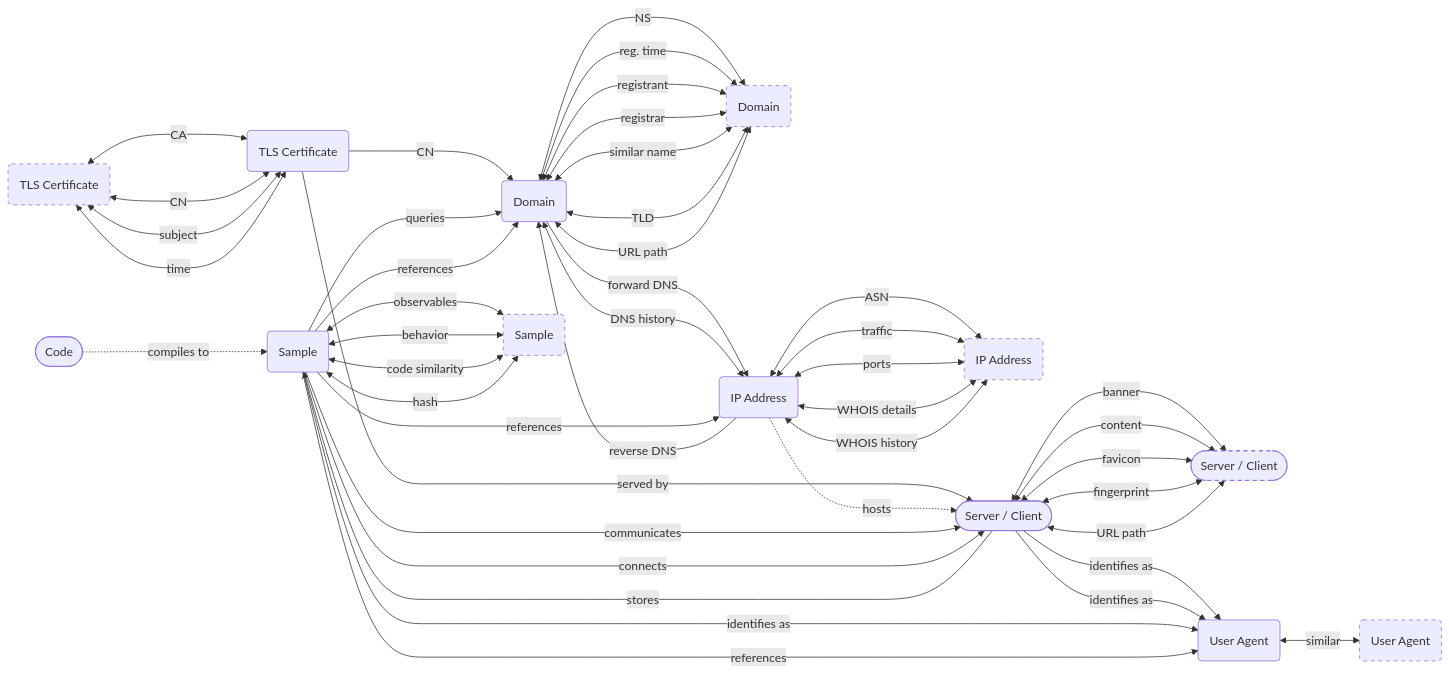
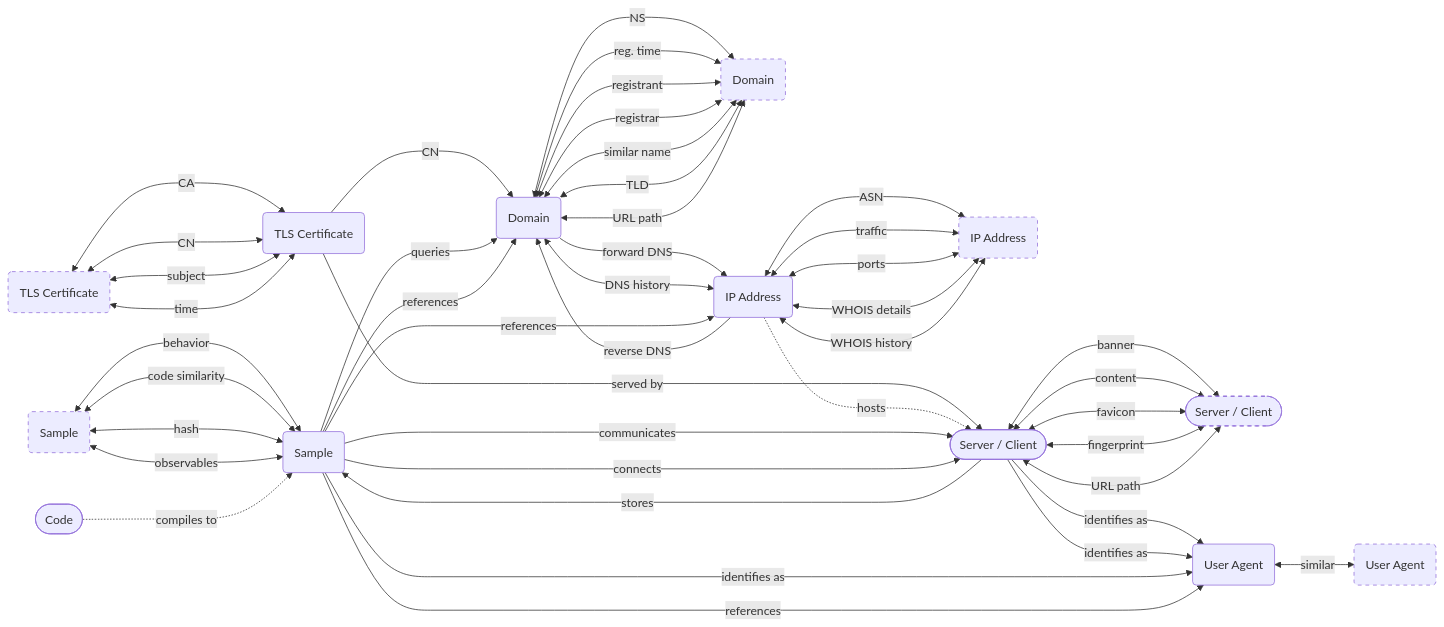
One commit to korniko98/pivot-atlas changed the diagram in docs/map/index.md. Above: the diagram before and after it, drawn with Mermaid.

````diff
--- a/docs/map/index.md
+++ b/docs/map/index.md
@@ -13,71 +13,71 @@
 ```mermaid
 flowchart LR
 	classDef secondary stroke-dasharray: 5 5
 	
 	%% define nodes
 	CODE([Code])
 	DOMAIN(Domain)
 	DOMAIN_(Domain):::secondary
 	IP_ADDRESS(IP Address)
 	IP_ADDRESS_(IP Address):::secondary
 	SAMPLE(Sample)
 	SAMPLE_(Sample):::secondary
 	SERVER([Server / Client])
 	SERVER_([Server / Client]):::secondary
 	USER_AGENT(User Agent)
 	USER_AGENT_(User Agent):::secondary
 	TLS_CERT(TLS Certificate)
 	TLS_CERT_(TLS Certificate):::secondary
 
 	%% define edges
 	DOMAIN -- forward DNS ---> IP_ADDRESS
 	DOMAIN <-- DNS history ---> IP_ADDRESS
 	DOMAIN <-- NS ---> DOMAIN_
 	DOMAIN <-- reg. time ---> DOMAIN_
 	DOMAIN <-- registrant ---> DOMAIN_
 	DOMAIN <-- registrar ---> DOMAIN_
 	DOMAIN <-- similar name ---> DOMAIN_
 	DOMAIN <-- TLD ---> DOMAIN_
 	DOMAIN <-- URL path ---> DOMAIN_
 	TLS_CERT -- CN  ---> DOMAIN
 	TLS_CERT -- served by  --> SERVER
 	TLS_CERT_ <-- CA  --> TLS_CERT
 	TLS_CERT_ <-- CN  --> TLS_CERT
 	TLS_CERT_ <-- subject  --> TLS_CERT
 	TLS_CERT_ <-- time ---> TLS_CERT
 	IP_ADDRESS -- reverse DNS  ---> DOMAIN
 	IP_ADDRESS -. hosts ..-> SERVER
 	IP_ADDRESS <-- ASN ---> IP_ADDRESS_
 	IP_ADDRESS <-- traffic ---> IP_ADDRESS_
 	IP_ADDRESS <-- ports ---> IP_ADDRESS_
 	IP_ADDRESS <-- WHOIS details  ---> IP_ADDRESS_
 	IP_ADDRESS <-- WHOIS history  ---> IP_ADDRESS_
 	USER_AGENT <-- similar  --> USER_AGENT_
 	SERVER -- identifies as ---> USER_AGENT
 	SERVER -- stores --> SAMPLE
 	SERVER <-- banner  ---> SERVER_
 	SERVER <-- content ---> SERVER_
 	SERVER <-- favicon ---> SERVER_
 	SERVER <-- fingerprint ---> SERVER_
 	SERVER <-- URL path ---> SERVER_
 	SERVER -- identifies as --> USER_AGENT
 	SAMPLE_ <-- behavior ---> SAMPLE
 	SAMPLE_ <-- code similarity ---> SAMPLE
 	SAMPLE -- communicates --> SERVER
 	SAMPLE -- connects --> SERVER
 	SAMPLE_ <-- hash  ---> SAMPLE
-	SAMPLE <-- observables ---> SAMPLE_
+	SAMPLE_ <-- observables ---> SAMPLE
 	SAMPLE -- identifies as ---> USER_AGENT
 	SAMPLE -- queries ---> DOMAIN
 	SAMPLE -- references  ---> DOMAIN
 	SAMPLE -- references ---> IP_ADDRESS
 	SAMPLE -- references --> USER_AGENT
 	CODE -. compiles to ..-> SAMPLE
 
 	%% define links
 	click DOMAIN "/artifacts/domain/"
 	click IP_ADDRESS "/artifacts/ip-address/"
 	click SAMPLE "/artifacts/sample/"
 	click TLS_CERT "/artifacts/tls-certificate/"
 	click USER_AGENT "/artifacts/user-agent/"
 ```
````
